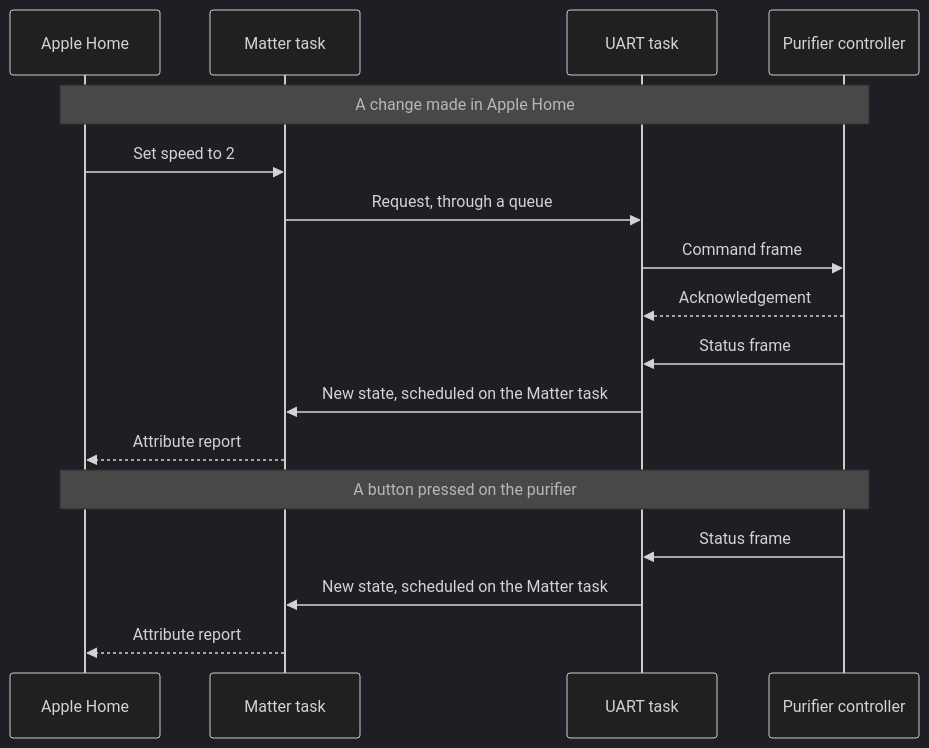
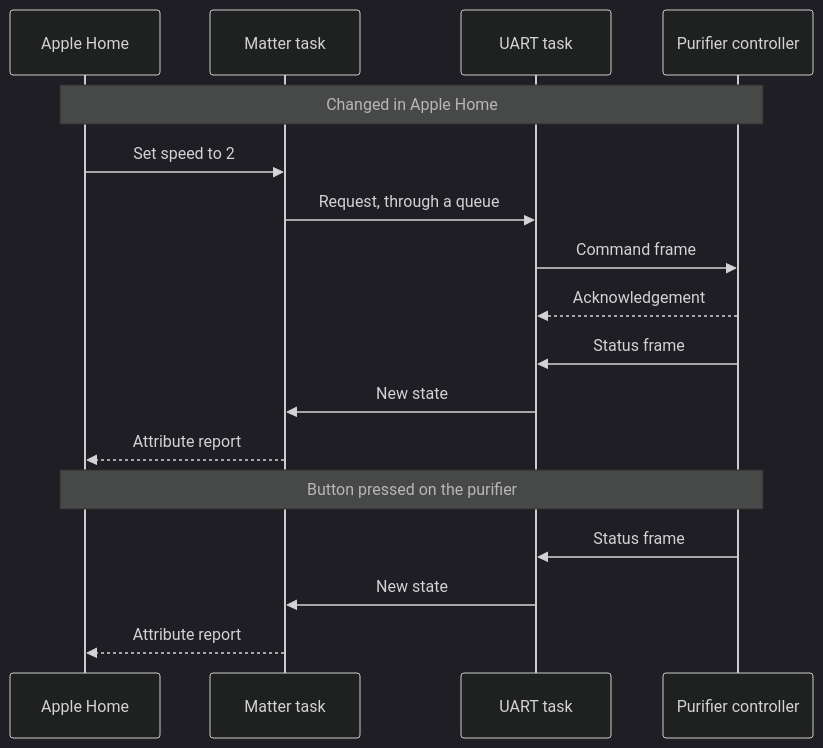
One commit to tadhglewis/levoit-matter changed the second of 2 diagrams in docs/DESIGN.md. Above: the diagram before and after it, drawn with Mermaid (dark theme). The commit also changed other lines of this file and 10 other files, not shown here.

````diff
--- a/docs/DESIGN.md
+++ b/docs/DESIGN.md
@@ -59,21 +63,21 @@
 ```mermaid
 sequenceDiagram
     participant Home as Apple Home
     participant M as Matter task
     participant U as UART task
     participant MCU as Purifier controller
 
-    Note over Home,MCU: A change made in Apple Home
+    Note over Home,MCU: Changed in Apple Home
     Home->>M: Set speed to 2
     M->>U: Request, through a queue
     U->>MCU: Command frame
     MCU-->>U: Acknowledgement
     MCU->>U: Status frame
-    U->>M: New state, scheduled on the Matter task
+    U->>M: New state
     M-->>Home: Attribute report
 
-    Note over Home,MCU: A button pressed on the purifier
+    Note over Home,MCU: Button pressed on the purifier
     MCU->>U: Status frame
-    U->>M: New state, scheduled on the Matter task
+    U->>M: New state
     M-->>Home: Attribute report
 ```
````
